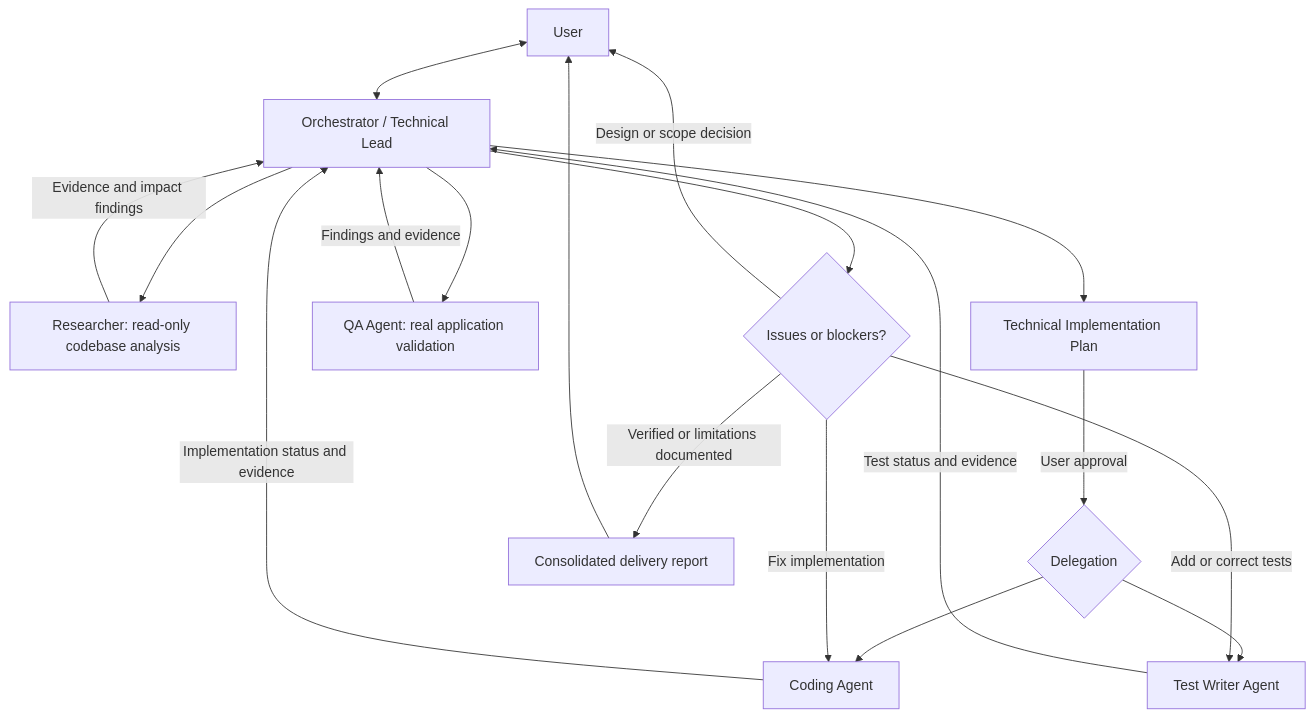
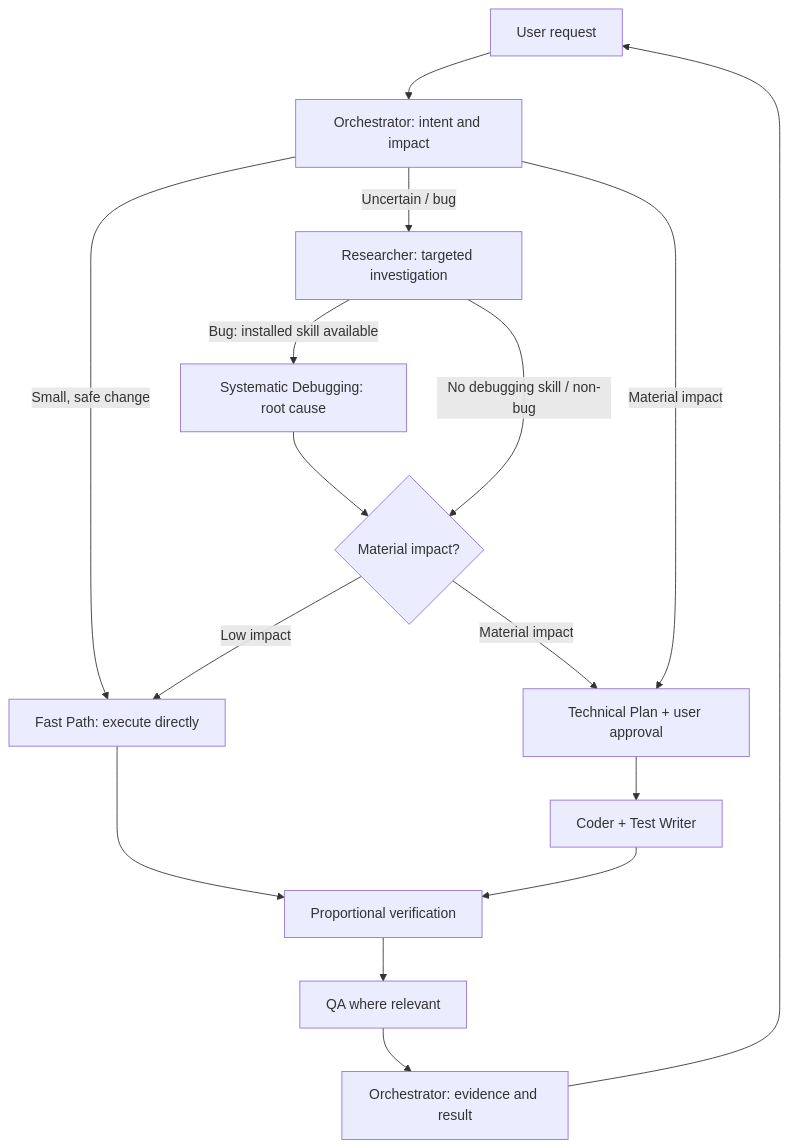
The diagram in README.md (rifqicode/my-ai-setup), drawn with Mermaid before and after one commit. The commit also changed other lines of this file, not shown here.

Commit message:
docs: simplify README to architecture diagram and setup

````diff
--- a/README.md
+++ b/README.md
@@ -42,20 +7,18 @@
 ```mermaid
 flowchart TD
-    U[User] <--> O[Orchestrator / Technical Lead]
-    O --> R[Researcher: read-only codebase analysis]
-    R -->|Evidence and impact findings| O
-    O --> P[Technical Implementation Plan]
-    P -->|User approval| D{Delegation}
-    D --> C[Coding Agent]
-    D --> T[Test Writer Agent]
-    C -->|Implementation status and evidence| O
-    T -->|Test status and evidence| O
-    O --> Q[QA Agent: real application validation]
-    Q -->|Findings and evidence| O
-    O --> F{Issues or blockers?}
-    F -->|Fix implementation| C
-    F -->|Add or correct tests| T
-    F -->|Design or scope decision| U
-    F -->|Verified or limitations documented| X[Consolidated delivery report]
+    U[User request] --> O[Orchestrator: intent and impact]
+    O -->|Small, safe change| F[Fast Path: execute directly]
+    O -->|Uncertain / bug| R[Researcher: targeted investigation]
+    R -->|Bug: installed skill available| S[Systematic Debugging: root cause]
+    S --> G{Material impact?}
+    R -->|No debugging skill / non-bug| G
+    O -->|Material impact| P[Technical Plan + user approval]
+    G -->|Low impact| F
+    G -->|Material impact| P
+    P --> C[Coder + Test Writer]
+    F --> V[Proportional verification]
+    C --> V
+    V --> Q[QA where relevant]
+    Q --> X[Orchestrator: evidence and result]
     X --> U
 ```
````
